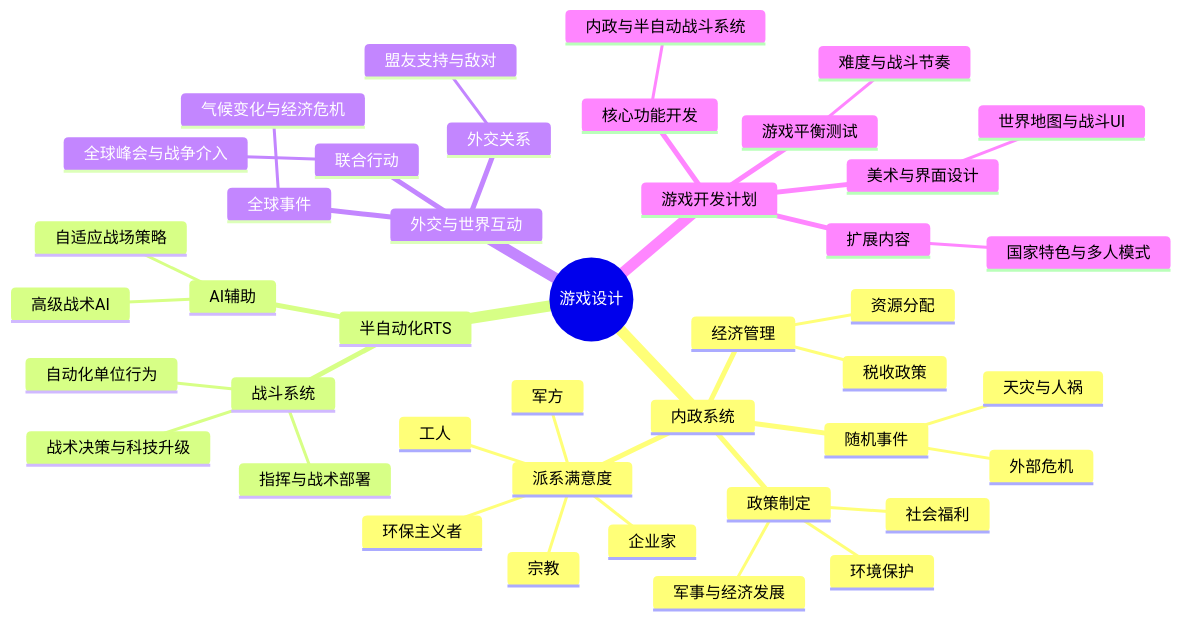
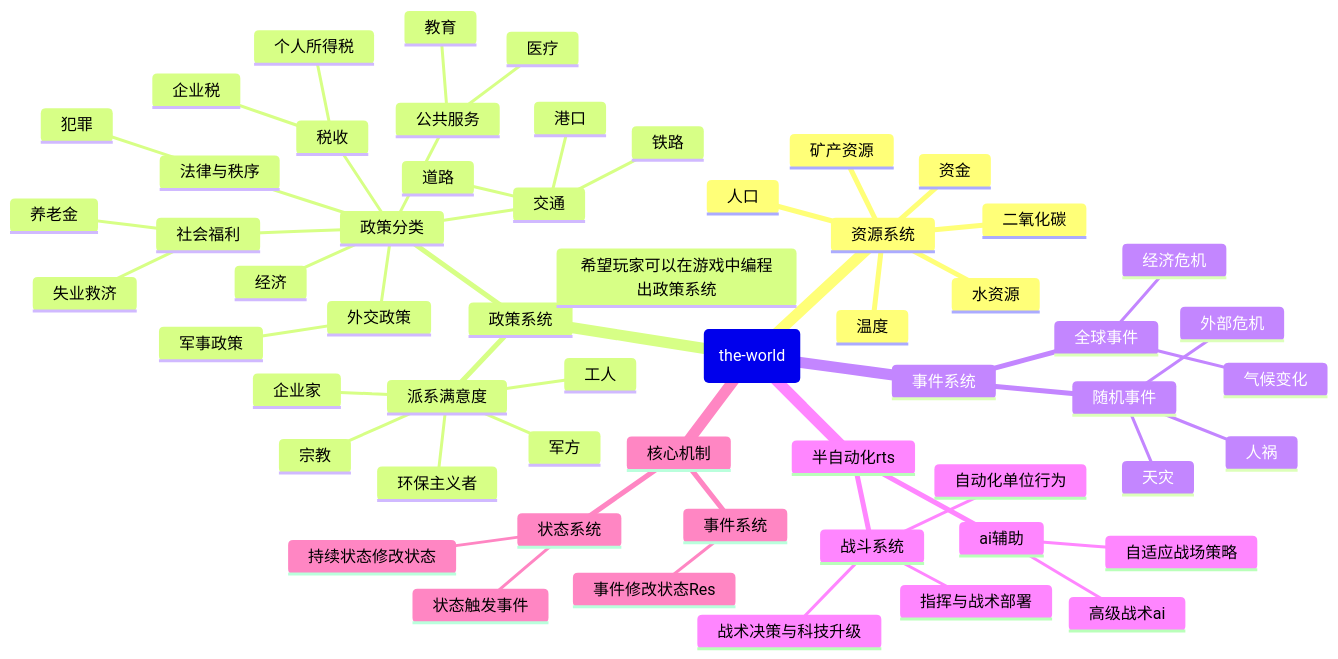
One commit to bigLRRH/the-world changed the diagram in README.md. Above: the diagram before and after it, drawn with Mermaid. The commit also changed other lines of this file and 11 other files, not shown here.

Commit message:
修改项目结构，创建基本思维导图

````diff
--- a/README.md
+++ b/README.md
@@ -7,45 +11,60 @@
 ```mermaid
 mindmap
-  root((游戏设计))
-    内政系统
-      经济管理
-        税收政策
-        资源分配
-      政策制定
-        社会福利
-        环境保护
-        军事与经济发展
-      派系满意度
-        军方
-        企业家
-        工人
-        宗教
-        环保主义者
-      随机事件
-        天灾与人祸
-        外部危机
-    半自动化RTS
-      战斗系统
-        自动化单位行为
-        指挥与战术部署
-        战术决策与科技升级
-      AI辅助
-        高级战术AI
-        自适应战场策略
-    外交与世界互动
-      外交关系
-        盟友支持与敌对
-      全球事件
-        气候变化与经济危机
-      联合行动
-        全球峰会与战争介入
-    游戏开发计划
-      核心功能开发
-        内政与半自动战斗系统
-      游戏平衡测试
-        难度与战斗节奏
-      美术与界面设计
-        世界地图与战斗UI
-      扩展内容
-        国家特色与多人模式
+root(the-world)
+  资源系统
+    人口
+    资金
+    矿产资源
+    二氧化碳
+    温度
+    水资源
+  政策系统
+    希望玩家可以在游戏中编程出政策系统
+    政策分类
+      外交政策
+        军事政策
+      交通
+        道路
+        铁路
+        港口
+      经济
+      税收
+        个人所得税
+        企业税
+      社会福利
+        养老金
+        失业救济
+      公共服务
+        教育
+        医疗
+      法律与秩序
+        犯罪
+    派系满意度
+      军方
+      企业家
+      工人
+      宗教
+      环保主义者
+  事件系统
+    随机事件
+      天灾
+      人祸
+      外部危机
+    全球事件
+      气候变化
+      经济危机
+  半自动化rts
+    战斗系统
+      自动化单位行为
+      指挥与战术部署
+      战术决策与科技升级
+    ai辅助
+      高级战术ai
+      自适应战场策略
+  核心机制
+    状态系统
+      持续状态修改状态
+      状态触发事件
+    事件系统
+      事件修改状态Res
 ```
````
